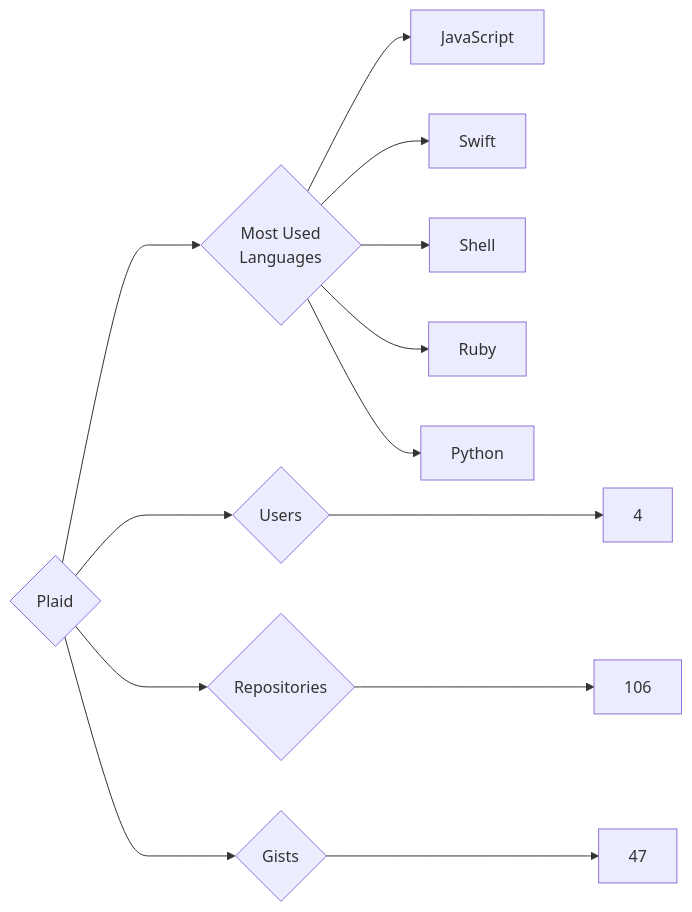
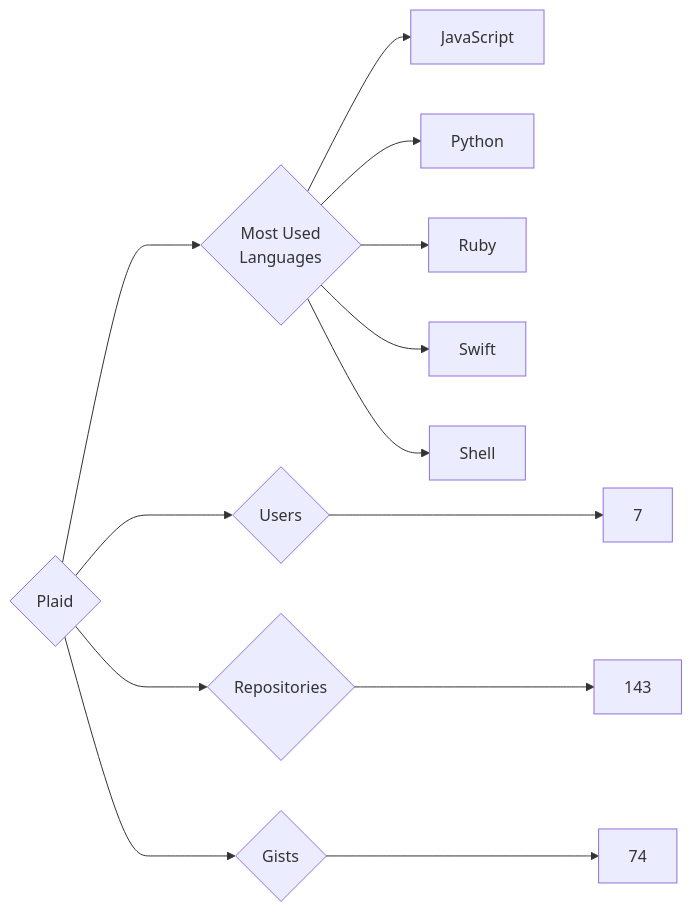
Before and after one commit to trickest/insiders: the diagram in targets/Plaid/README.md, drawn with Mermaid. The commit also changed 898 other files, not shown here.

````diff
--- a/targets/Plaid/README.md
+++ b/targets/Plaid/README.md
@@ -3,13 +3,13 @@
 ```mermaid
 graph LR
 COMPANY_NAME{Plaid}
-COMPANY_NAME ---> U{Users} ---> UN[4]
-COMPANY_NAME ---> R{Repositories} ---> RN[106]
-COMPANY_NAME ---> G{Gists} ---> GN[47]
+COMPANY_NAME ---> U{Users} ---> UN[7]
+COMPANY_NAME ---> R{Repositories} ---> RN[143]
+COMPANY_NAME ---> G{Gists} ---> GN[74]
 COMPANY_NAME ---> ML{Most Used<br>Languages}
 ML --> JavaScript[JavaScript]
+ML --> Python[Python]
+ML --> Ruby[Ruby]
 ML --> Swift[Swift]
 ML --> Shell[Shell]
-ML --> Ruby[Ruby]
-ML --> Python[Python]
 ```
````
